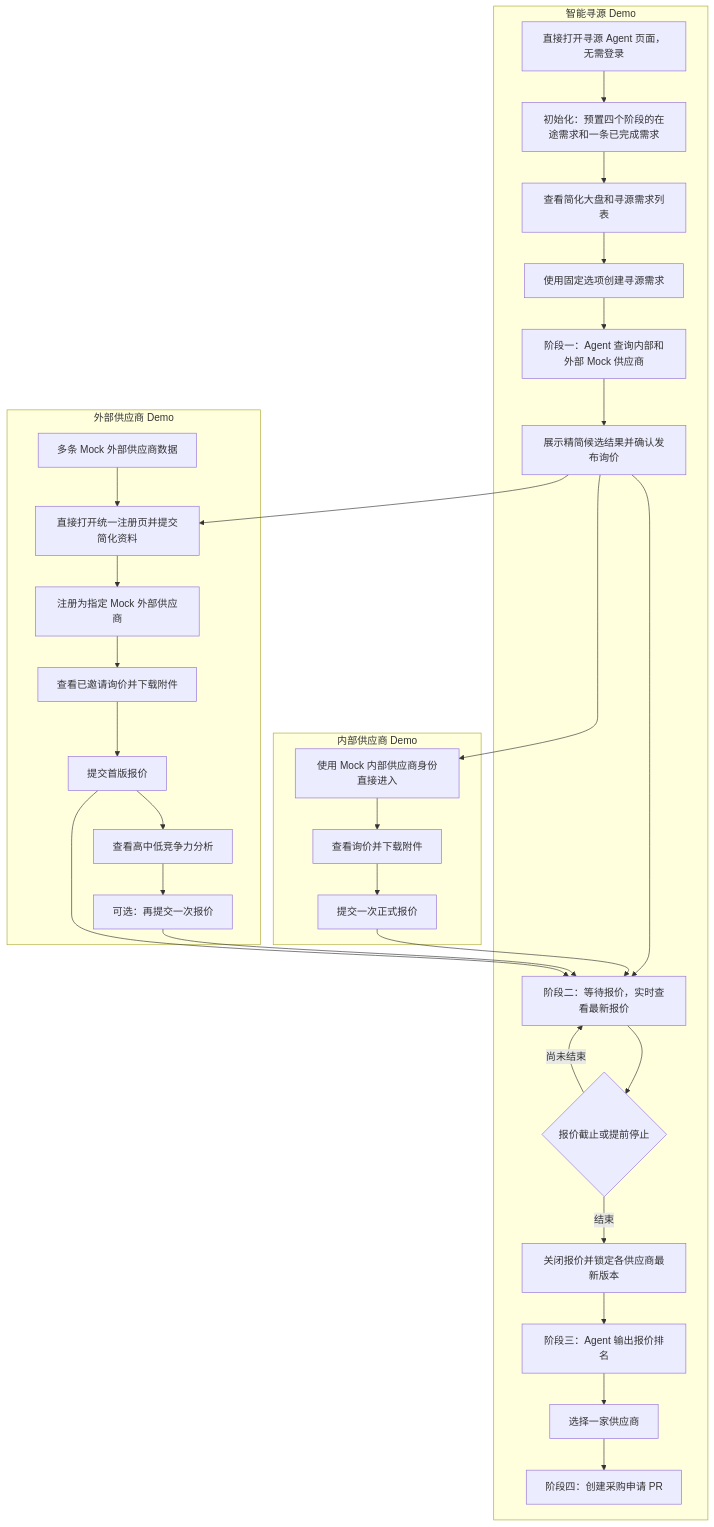
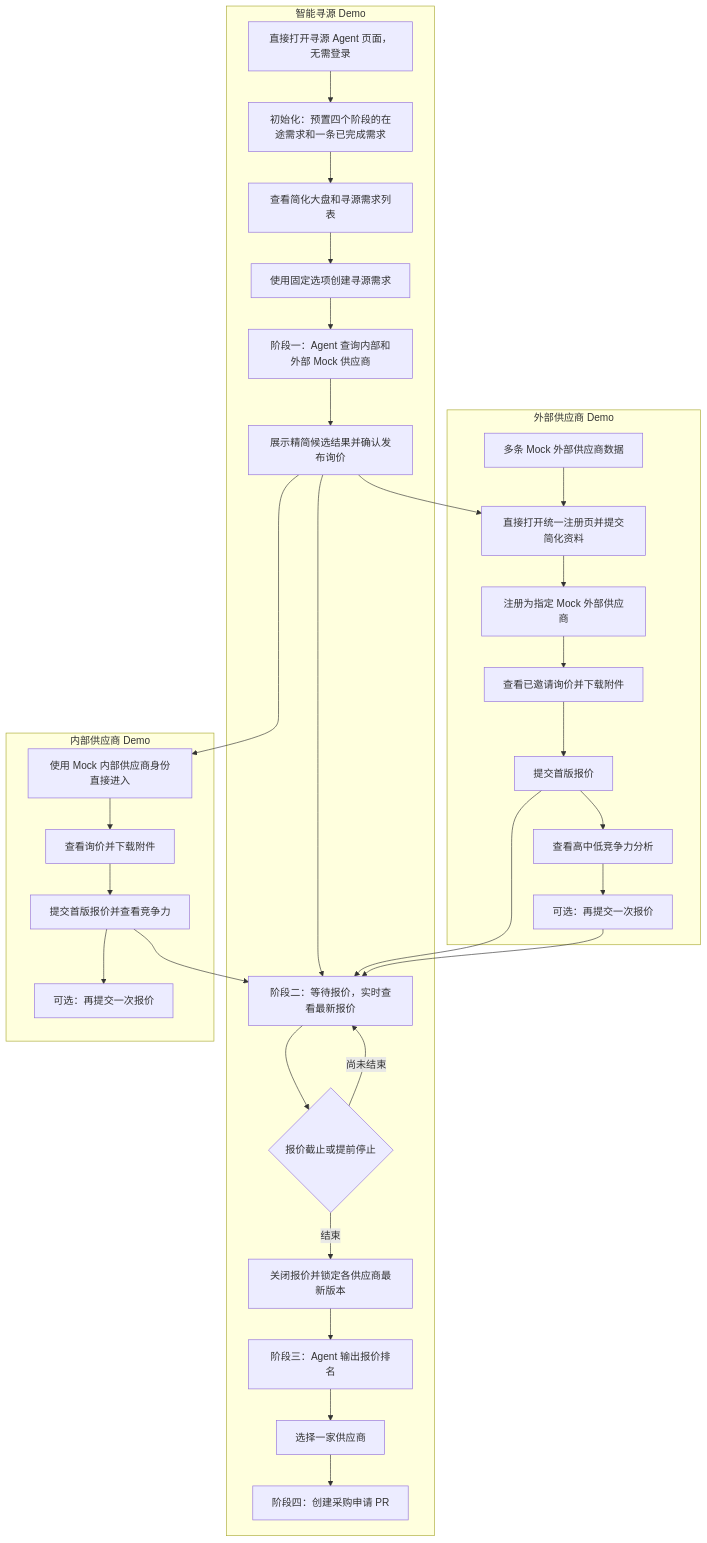
One commit to goo-yyh/ht-center changed the diagram in specs/0002_simple.md. Above: the diagram before and after it, drawn with Mermaid. The commit also changed other lines of this file and 30 other files, not shown here.

Commit message:
feat: refine sourcing and supplier quotation flows

````diff
--- a/specs/0002_simple.md
+++ b/specs/0002_simple.md
@@ -1,45 +1,46 @@
 ```mermaid
 flowchart TD
     subgraph MGT[智能寻源 Demo]
         A[直接打开寻源 Agent 页面，无需登录]
         Z[初始化：预置四个阶段的在途需求和一条已完成需求]
         B[查看简化大盘和寻源需求列表]
         C[使用固定选项创建寻源需求]
         D[阶段一：Agent 查询内部和外部 Mock 供应商]
         E[展示精简候选结果并确认发布询价]
         F[阶段二：等待报价，实时查看最新报价]
         G{报价截止或提前停止}
         H[关闭报价并锁定各供应商最新版本]
         I[阶段三：Agent 输出报价排名]
         J[选择一家供应商]
         K[阶段四：创建采购申请 PR]
 
         A --> Z --> B --> C --> D --> E --> F --> G
         G -->|尚未结束| F
         G -->|结束| H --> I --> J --> K
     end
 
     subgraph INT[内部供应商 Demo]
         I1[使用 Mock 内部供应商身份直接进入]
         I2[查看询价并下载附件]
-        I3[提交一次正式报价]
-        I1 --> I2 --> I3
+        I3[提交首版报价并查看竞争力]
+        I4[可选：再提交一次报价]
+        I1 --> I2 --> I3 --> I4
     end
 
     subgraph EXT[外部供应商 Demo]
         X1[多条 Mock 外部供应商数据]
         X2[直接打开统一注册页并提交简化资料]
         X3[注册为指定 Mock 外部供应商]
         X4[查看已邀请询价并下载附件]
         X5[提交首版报价]
         X6[查看高中低竞争力分析]
         X7[可选：再提交一次报价]
         X1 --> X2 --> X3 --> X4 --> X5 --> X6 --> X7
     end
 
     E --> I1
     E --> X2
     I3 --> F
     X5 --> F
     X7 --> F
 ```
````
